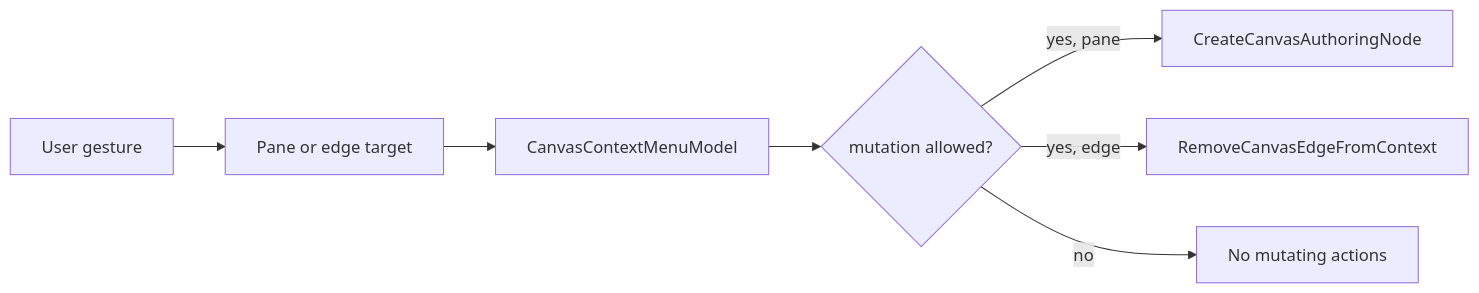
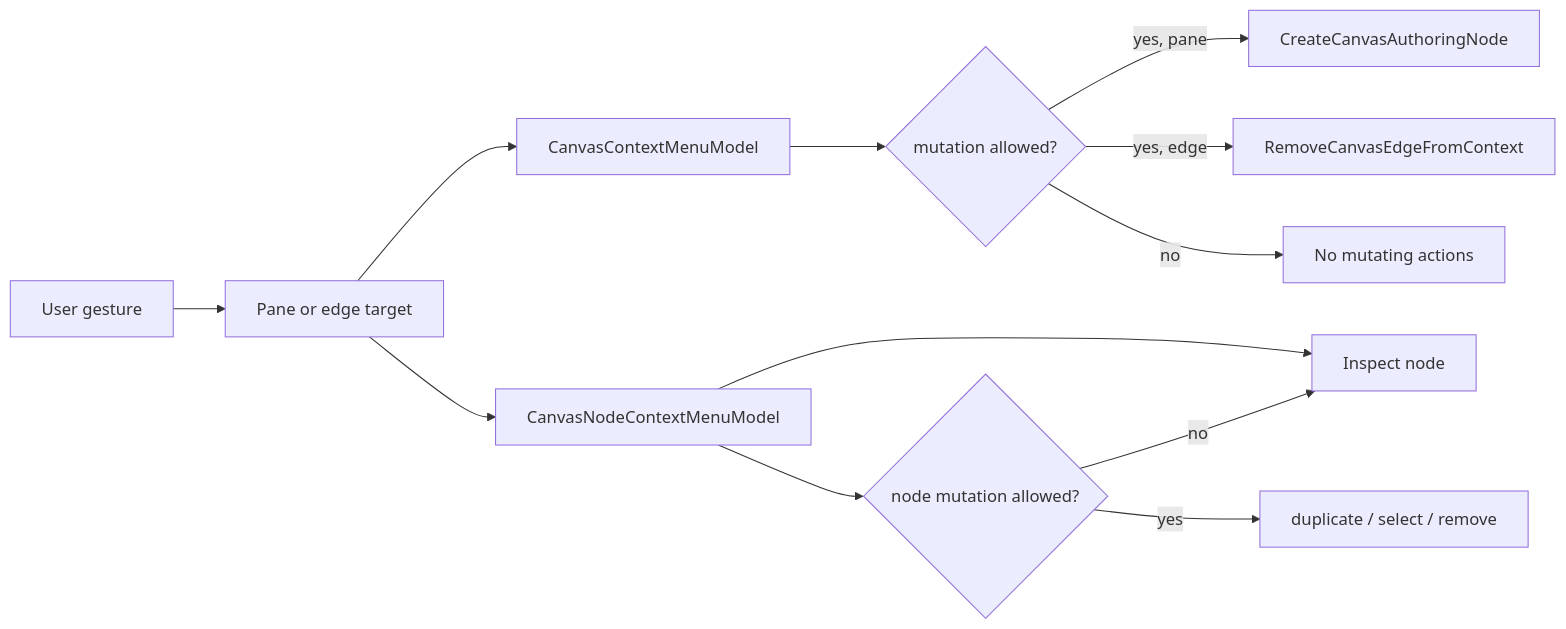
The diagram in docs/architecture/components/web/graph/canvas-interaction-command-surface-user-stories.md (dunay2/dvt), drawn with Mermaid before and after one commit. The commit also changed other lines of this file and 12 other files, not shown here.

Commit message:
feat(web): Add canvas node properties panel

````diff
--- a/docs/architecture/components/web/graph/canvas-interaction-command-surface-user-stories.md
+++ b/docs/architecture/components/web/graph/canvas-interaction-command-surface-user-stories.md
@@ -50,9 +66,14 @@
 ```mermaid
 flowchart LR
   User["User gesture"] --> Target["Pane or edge target"]
   Target --> Model["CanvasContextMenuModel"]
+  Target --> NodeModel["CanvasNodeContextMenuModel"]
   Model --> Allowed{"mutation allowed?"}
   Allowed -->|yes, pane| Create["CreateCanvasAuthoringNode"]
   Allowed -->|yes, edge| Remove["RemoveCanvasEdgeFromContext"]
   Allowed -->|no| Empty["No mutating actions"]
+  NodeModel --> Inspect["Inspect node"]
+  NodeModel --> NodeAllowed{"node mutation allowed?"}
+  NodeAllowed -->|yes| NodeActions["duplicate / select / remove"]
+  NodeAllowed -->|no| Inspect
 ```
````
